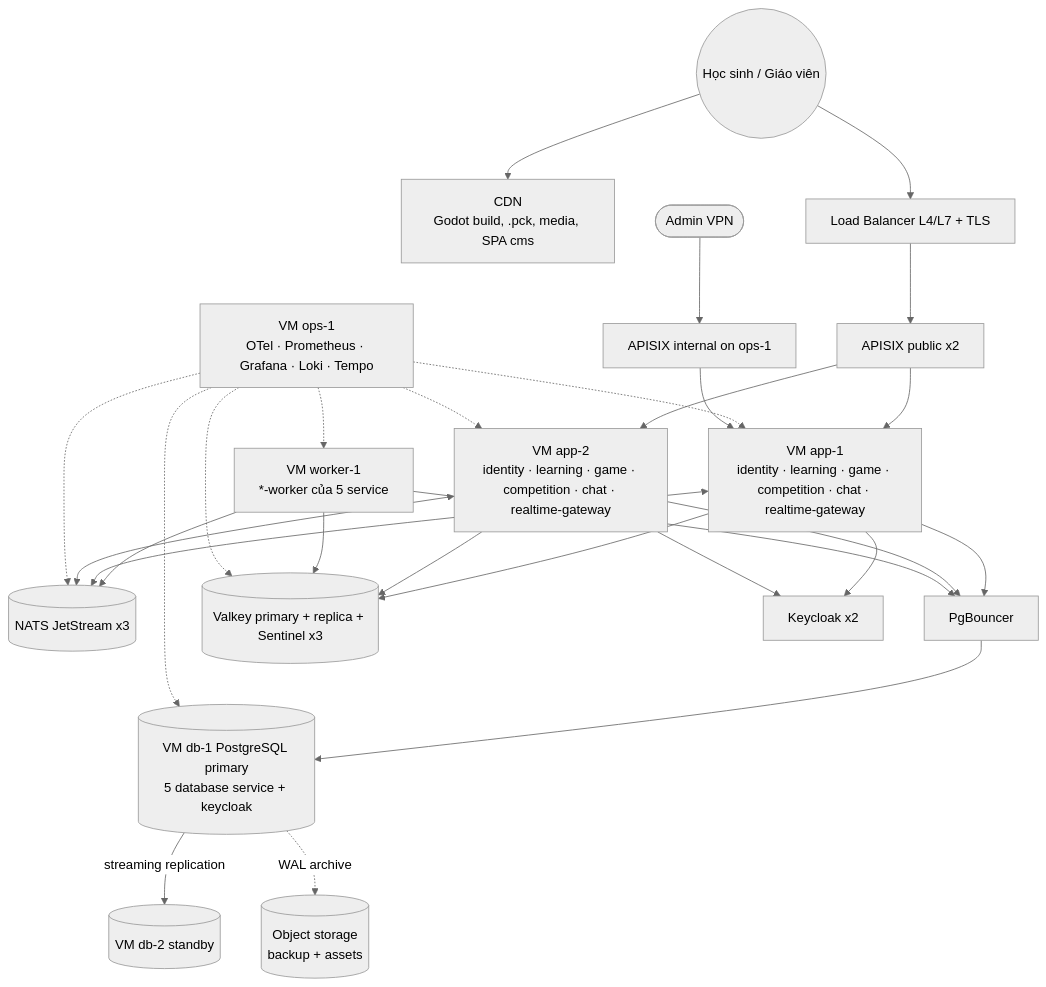
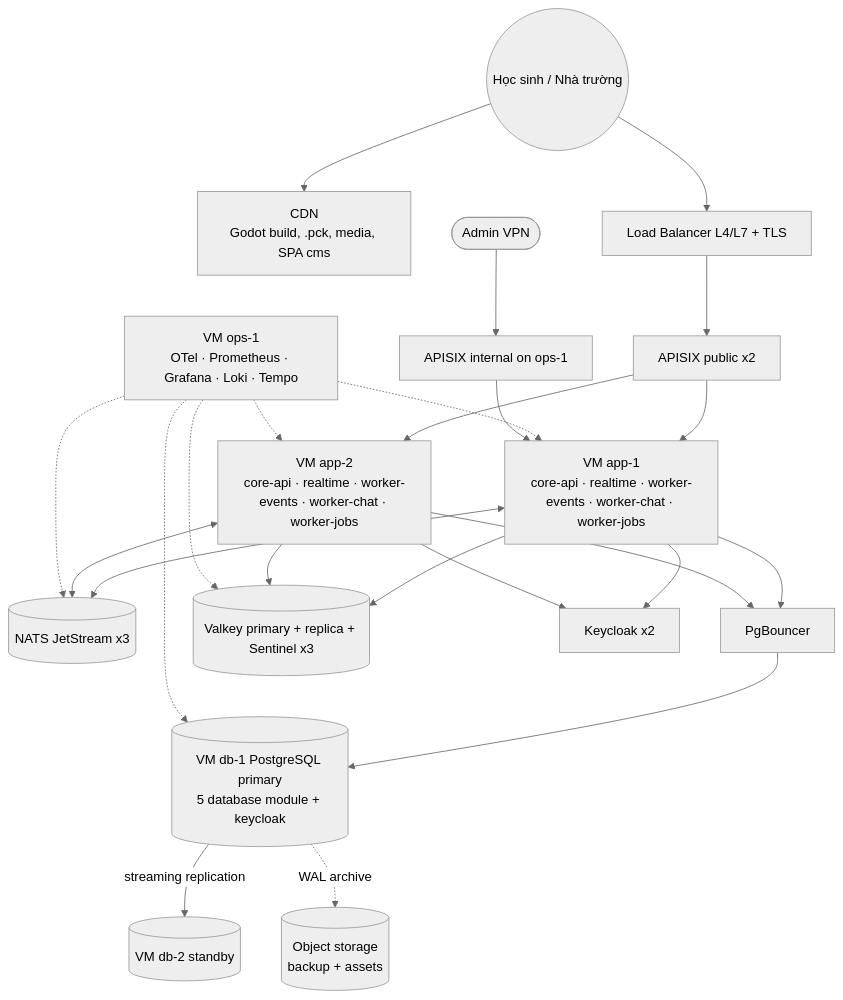
One commit to tanguyen2020/eduworld-platform changed the first of 3 diagrams in docs/11-operations/DEPLOYMENT.md. Above: the diagram before and after it, drawn with Mermaid (neutral theme). The commit also changed other lines of this file and 922 other files, not shown here.

````diff
--- a/docs/11-operations/DEPLOYMENT.md
+++ b/docs/11-operations/DEPLOYMENT.md
@@ -77,18 +76,17 @@
 ```mermaid
 flowchart TB
-  user((Học sinh / Giáo viên)) --> cdn[CDN\nGodot build, .pck, media, SPA cms]
+  user((Học sinh / Nhà trường)) --> cdn[CDN\nGodot build, .pck, media, SPA cms]
   user --> lb[Load Balancer L4/L7 + TLS]
   lb --> ax1[APISIX public x2]
-  ax1 --> app1[VM app-1\nidentity · learning · game · competition · chat · realtime-gateway]
-  ax1 --> app2[VM app-2\nidentity · learning · game · competition · chat · realtime-gateway]
-  wk[VM worker-1\n*-worker của 5 service] --> nats
+  ax1 --> app1[VM app-1\ncore-api · realtime · worker-events · worker-chat · worker-jobs]
+  ax1 --> app2[VM app-2\ncore-api · realtime · worker-events · worker-chat · worker-jobs]
   app1 & app2 <--> nats[(NATS JetStream x3)]
-  app1 & app2 & wk --> pgb[PgBouncer]
-  pgb --> pgp[(VM db-1 PostgreSQL primary\n5 database service + keycloak)]
+  app1 & app2 --> pgb[PgBouncer]
+  pgb --> pgp[(VM db-1 PostgreSQL primary\n5 database module + keycloak)]
   pgp -- streaming replication --> pgr[(VM db-2 standby)]
-  app1 & app2 & wk --> vk[(Valkey primary + replica + Sentinel x3)]
+  app1 & app2 --> vk[(Valkey primary + replica + Sentinel x3)]
   app1 & app2 --> kc[Keycloak x2]
   pgp -. WAL archive .-> obj[(Object storage\nbackup + assets)]
-  mon[VM ops-1\nOTel · Prometheus · Grafana · Loki · Tempo] -.-> app1 & app2 & wk & pgp & vk & nats
+  mon[VM ops-1\nOTel · Prometheus · Grafana · Loki · Tempo] -.-> app1 & app2 & pgp & vk & nats
   admin([Admin VPN]) --> axi[APISIX internal on ops-1] --> app1
 ```
````
